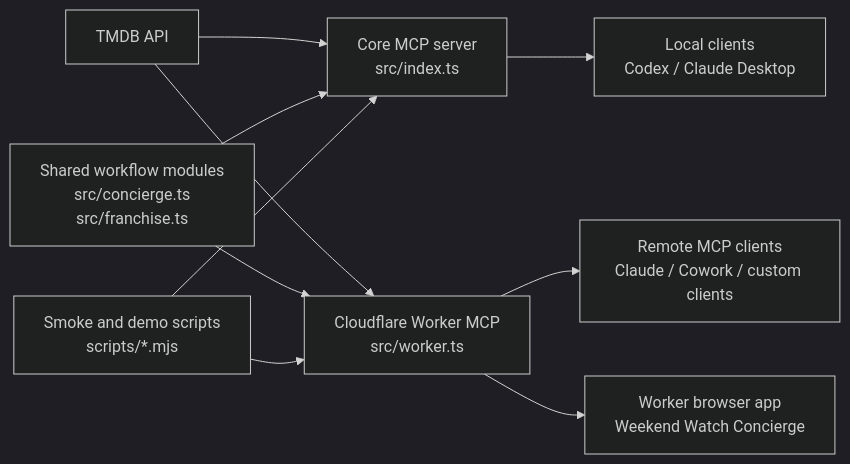
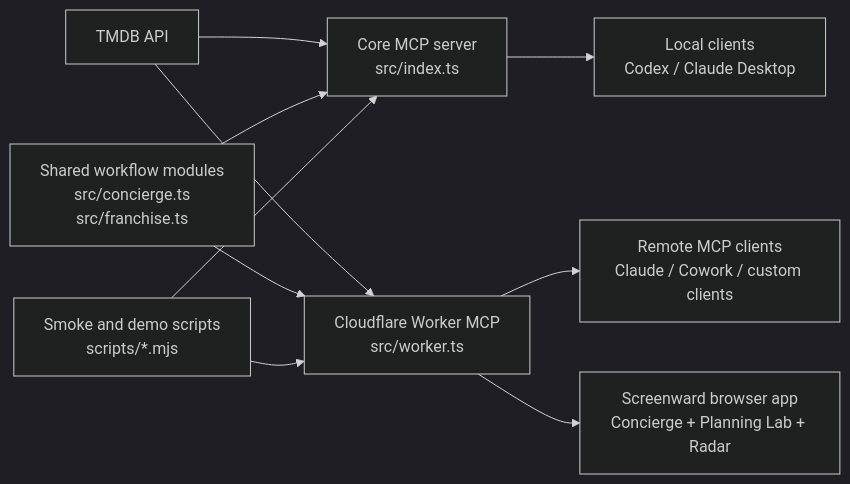
One commit to Laksh-star/mcp-server-tmdb changed the diagram in USERGUIDE.md. Above: the diagram before and after it, drawn with Mermaid (dark theme). The commit also changed other lines of this file and 20 other files, not shown here.

````diff
--- a/USERGUIDE.md
+++ b/USERGUIDE.md
@@ -12,15 +14,15 @@
 ```mermaid
 flowchart LR
   TMDB["TMDB API"] --> Core["Core MCP server\nsrc/index.ts"]
   TMDB --> Worker["Cloudflare Worker MCP\nsrc/worker.ts"]
 
   Core --> LocalClients["Local clients\nCodex / Claude Desktop"]
   Worker --> RemoteClients["Remote MCP clients\nClaude / Cowork / custom clients"]
-  Worker --> BrowserApp["Worker browser app\nWeekend Watch Concierge"]
+  Worker --> BrowserApp["Screenward browser app\nConcierge + Planning Lab + Radar"]
 
   Shared["Shared workflow modules\nsrc/concierge.ts\nsrc/franchise.ts"] --> Core
   Shared --> Worker
 
   Scripts["Smoke and demo scripts\nscripts/*.mjs"] --> Core
   Scripts --> Worker
 ```
````
